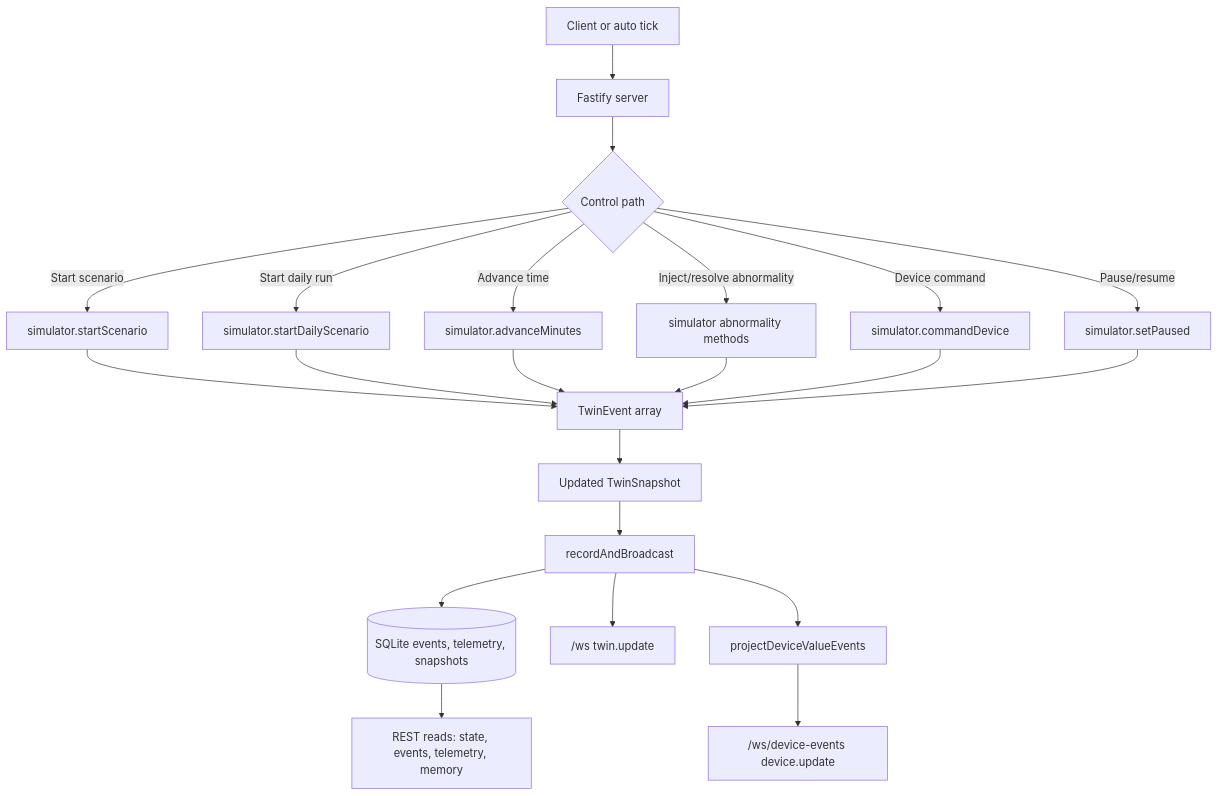
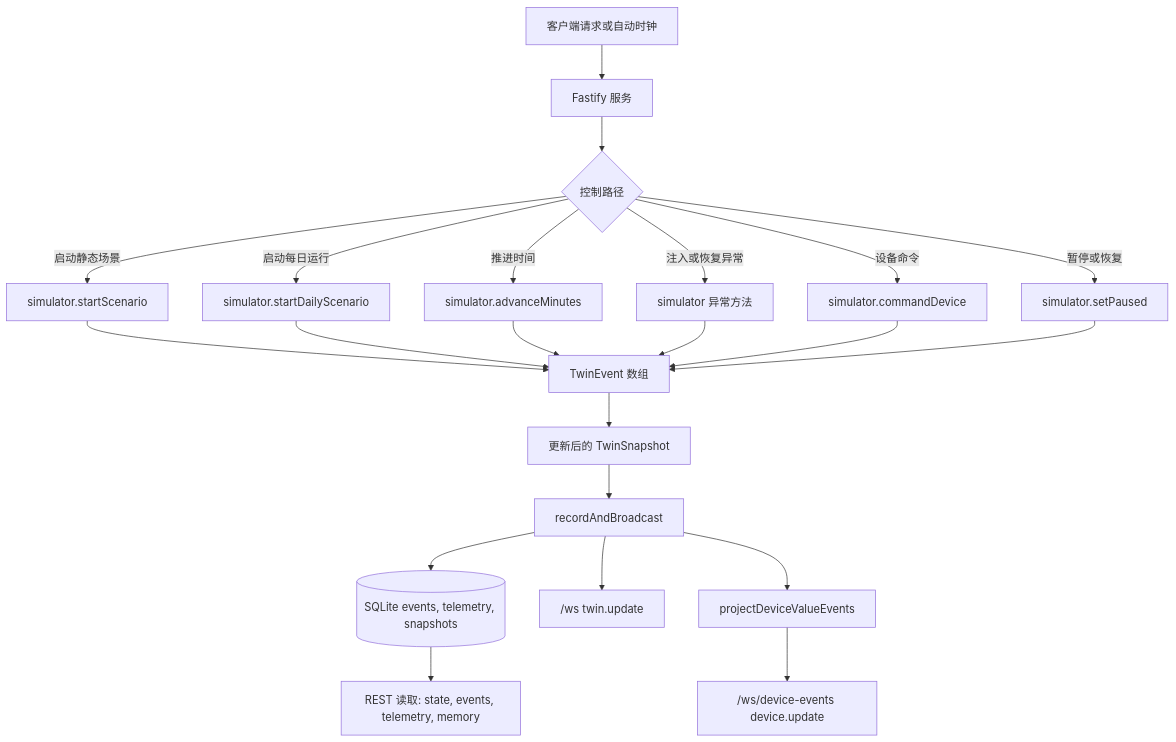
One commit to SudoJacky/VirtualHome changed the first of 3 diagrams in docs/event-generation-flow.md. Above: the diagram before and after it, drawn with Mermaid. The commit also changed other lines of this file and 2 other files, not shown here.

Commit message:
docs: translate flow docs to Chinese

````diff
--- a/docs/event-generation-flow.md
+++ b/docs/event-generation-flow.md
@@ -11,27 +11,27 @@
 ```mermaid
 flowchart TD
-  Client[Client or auto tick] --> Server[Fastify server]
-  Server --> Command{Control path}
+  Client[客户端请求或自动时钟] --> Server[Fastify 服务]
+  Server --> Command{控制路径}
 
-  Command -->|Start scenario| StartScenario[simulator.startScenario]
-  Command -->|Start daily run| StartDaily[simulator.startDailyScenario]
-  Command -->|Advance time| Advance[simulator.advanceMinutes]
-  Command -->|Inject/resolve abnormality| Abnormality[simulator abnormality methods]
-  Command -->|Device command| DeviceCommand[simulator.commandDevice]
-  Command -->|Pause/resume| PauseResume[simulator.setPaused]
+  Command -->|启动静态场景| StartScenario[simulator.startScenario]
+  Command -->|启动每日运行| StartDaily[simulator.startDailyScenario]
+  Command -->|推进时间| Advance[simulator.advanceMinutes]
+  Command -->|注入或恢复异常| Abnormality[simulator 异常方法]
+  Command -->|设备命令| DeviceCommand[simulator.commandDevice]
+  Command -->|暂停或恢复| PauseResume[simulator.setPaused]
 
-  StartScenario --> Events[TwinEvent array]
+  StartScenario --> Events[TwinEvent 数组]
   StartDaily --> Events
   Advance --> Events
   Abnormality --> Events
   DeviceCommand --> Events
   PauseResume --> Events
 
-  Events --> Snapshot[Updated TwinSnapshot]
+  Events --> Snapshot[更新后的 TwinSnapshot]
   Snapshot --> Record[recordAndBroadcast]
   Record --> SQLite[(SQLite events, telemetry, snapshots)]
   Record --> TwinWS["/ws twin.update"]
   Record --> DeviceProjection[projectDeviceValueEvents]
   DeviceProjection --> DeviceWS["/ws/device-events device.update"]
-  SQLite --> Rest[REST reads: state, events, telemetry, memory]
+  SQLite --> Rest[REST 读取: state, events, telemetry, memory]
 ```
````
